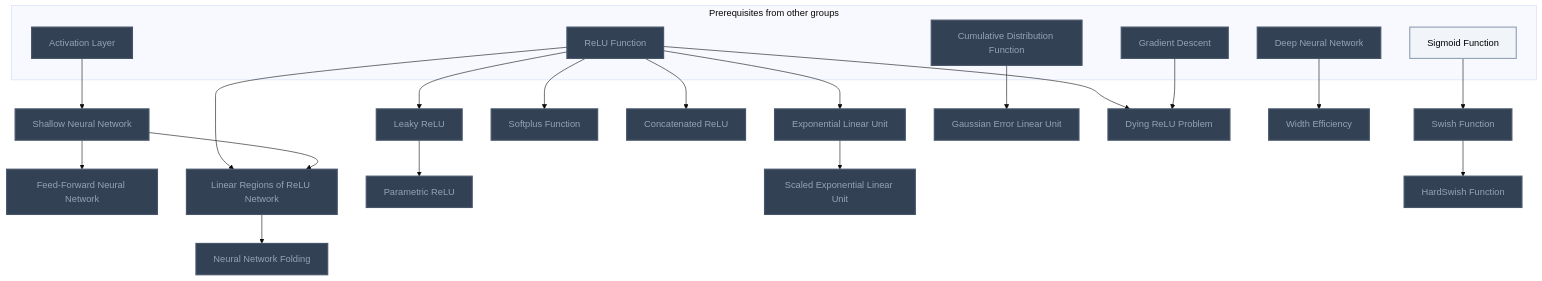
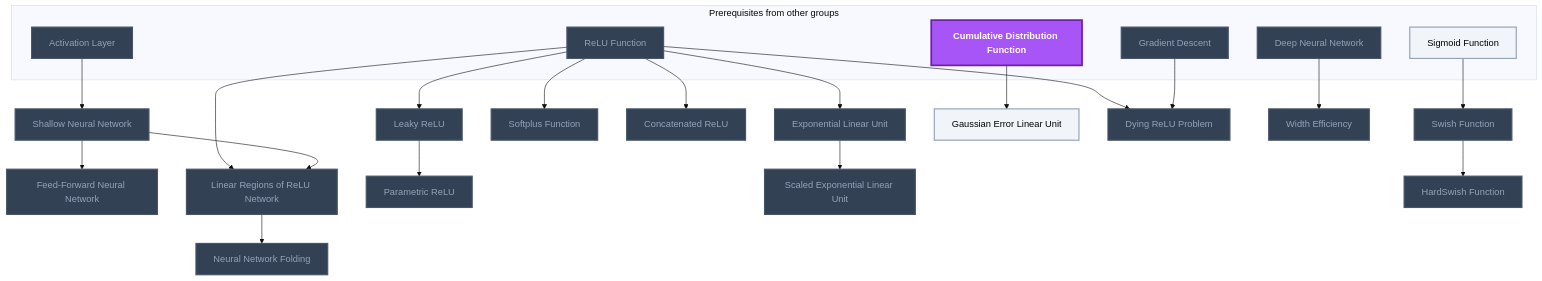
Before and after one commit to MRauf1/My-Notes: the third of 21 diagrams in Gamification/Skill Trees/Deep Learning.md, drawn with Mermaid (base theme). The commit also changed other lines of this file and 145 other files, not shown here.

````diff
--- a/Gamification/Skill Trees/Deep Learning.md
+++ b/Gamification/Skill Trees/Deep Learning.md
@@ -128,55 +128,56 @@
 ```mermaid
 flowchart TD
     classDef planned fill:#1E293B,stroke:#64748B,stroke-width:2px,stroke-dasharray:5 5,color:#94A3B8;
     classDef locked fill:#334155,stroke:#475569,stroke-width:2px,color:#94A3B8;
     classDef L0 fill:#F1F5F9,stroke:#94A3B8,stroke-width:2px,color:#000000;
     classDef L1 fill:#22C55E,stroke:#15803D,stroke-width:2px,color:#000000;
     classDef L2 fill:#3B82F6,stroke:#1D4ED8,stroke-width:3px,color:#FFFFFF;
     classDef L3 fill:#A855F7,stroke:#6B21A8,stroke-width:3px,color:#FFFFFF,font-weight:bold;
     classDef L4 fill:#F97316,stroke:#C2410C,stroke-width:4px,color:#000000,font-weight:bold;
     classDef L5 fill:#FFD700,stroke:#FF8C00,stroke-width:5px,color:#000000,font-weight:bold;
     classDef rusty stroke:#8B4513,stroke-width:4px,stroke-dasharray:3 3;
     subgraph sg_prereqs["Prerequisites from other groups"]
         n_activation_layer["Activation Layer"]
         n_relu_function["ReLU Function"]
         n_sigmoid_function["Sigmoid Function"]
         n_cumulative_distribution_function["Cumulative Distribution Function"]
         n_gradient_descent["Gradient Descent"]
         n_deep_neural_network["Deep Neural Network"]
     end
     n_shallow_neural_network["Shallow Neural Network"]
     n_feed_forward_neural_network["Feed-Forward Neural Network"]
     n_linear_regions_of_relu_network["Linear Regions of ReLU Network"]
     n_leaky_relu["Leaky ReLU"]
     n_parametric_relu["Parametric ReLU"]
     n_exponential_linear_unit["Exponential Linear Unit"]
     n_scaled_exponential_linear_unit["Scaled Exponential Linear Unit"]
     n_softplus_function["Softplus Function"]
     n_concatenated_relu["Concatenated ReLU"]
     n_swish_function["Swish Function"]
     n_hardswish_function["HardSwish Function"]
     n_gaussian_error_linear_unit["Gaussian Error Linear Unit"]
     n_dying_relu_problem["Dying ReLU Problem"]
     n_neural_network_folding["Neural Network Folding"]
     n_width_efficiency["Width Efficiency"]
     n_activation_layer --> n_shallow_neural_network
     n_shallow_neural_network --> n_feed_forward_neural_network
     n_relu_function --> n_linear_regions_of_relu_network
     n_shallow_neural_network --> n_linear_regions_of_relu_network
     n_relu_function --> n_leaky_relu
     n_leaky_relu --> n_parametric_relu
     n_relu_function --> n_exponential_linear_unit
     n_exponential_linear_unit --> n_scaled_exponential_linear_unit
     n_relu_function --> n_softplus_function
     n_relu_function --> n_concatenated_relu
     n_sigmoid_function --> n_swish_function
     n_swish_function --> n_hardswish_function
     n_cumulative_distribution_function --> n_gaussian_error_linear_unit
     n_relu_function --> n_dying_relu_problem
     n_gradient_descent --> n_dying_relu_problem
     n_linear_regions_of_relu_network --> n_neural_network_folding
     n_deep_neural_network --> n_width_efficiency
-    class n_activation_layer,n_relu_function,n_cumulative_distribution_function,n_gradient_descent,n_deep_neural_network,n_shallow_neural_network,n_feed_forward_neural_network,n_linear_regions_of_relu_network,n_leaky_relu,n_parametric_relu,n_exponential_linear_unit,n_scaled_exponential_linear_unit,n_softplus_function,n_concatenated_relu,n_swish_function,n_hardswish_function,n_gaussian_error_linear_unit,n_dying_relu_problem,n_neural_network_folding,n_width_efficiency locked;
-    class n_sigmoid_function L0;
+    class n_activation_layer,n_relu_function,n_gradient_descent,n_deep_neural_network,n_shallow_neural_network,n_feed_forward_neural_network,n_linear_regions_of_relu_network,n_leaky_relu,n_parametric_relu,n_exponential_linear_unit,n_scaled_exponential_linear_unit,n_softplus_function,n_concatenated_relu,n_swish_function,n_hardswish_function,n_dying_relu_problem,n_neural_network_folding,n_width_efficiency locked;
+    class n_sigmoid_function,n_gaussian_error_linear_unit L0;
+    class n_cumulative_distribution_function L3;
     class n_activation_layer,n_relu_function,n_sigmoid_function,n_cumulative_distribution_function,n_gradient_descent,n_deep_neural_network,n_shallow_neural_network,n_feed_forward_neural_network,n_linear_regions_of_relu_network,n_leaky_relu,n_parametric_relu,n_exponential_linear_unit,n_scaled_exponential_linear_unit,n_softplus_function,n_concatenated_relu,n_swish_function,n_hardswish_function,n_gaussian_error_linear_unit,n_dying_relu_problem,n_neural_network_folding,n_width_efficiency internal-link;
 ```
````
